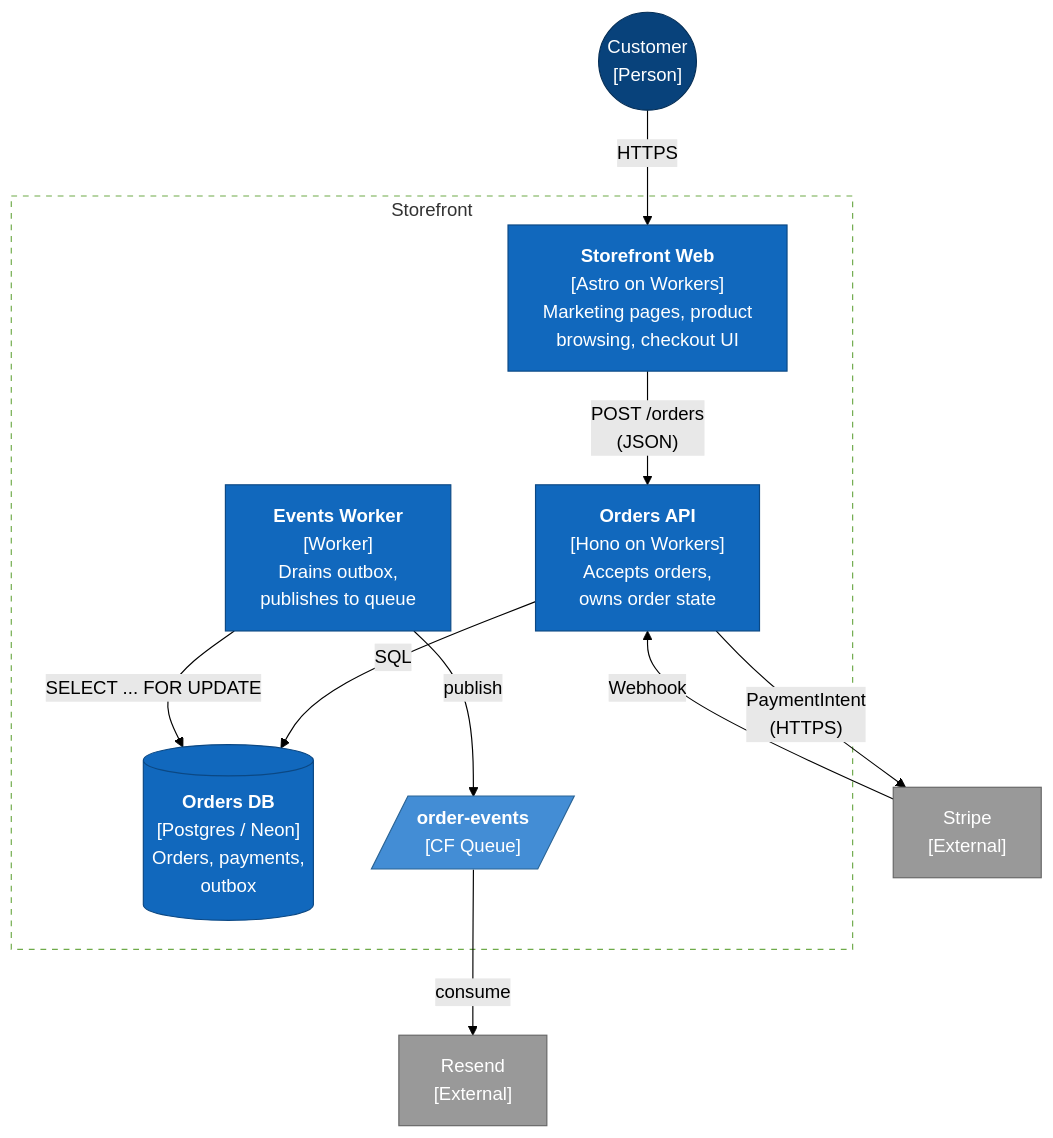
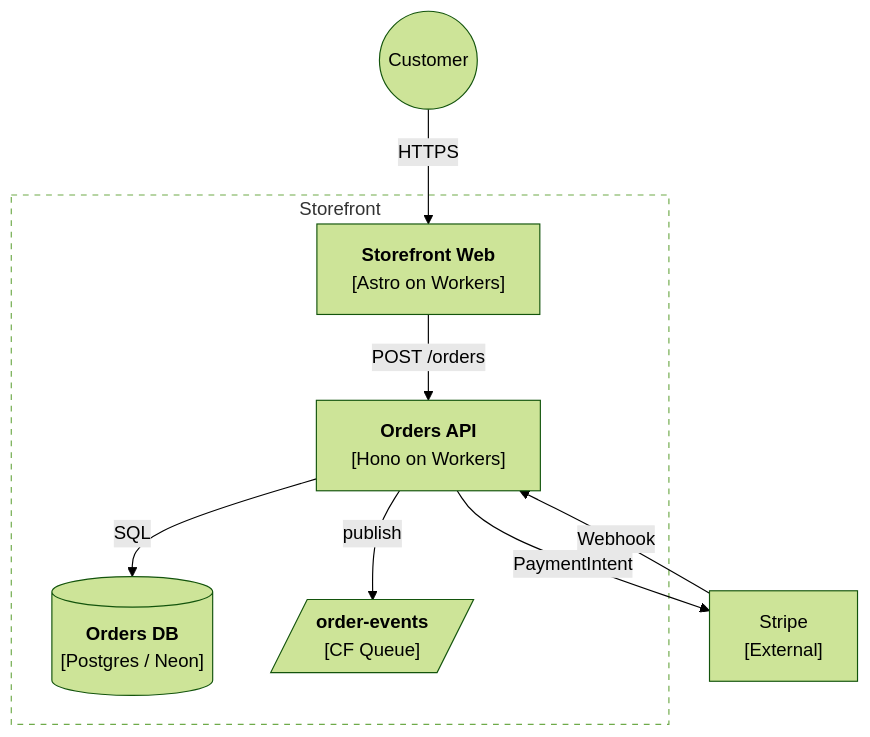
One commit to lucasilverentand/skills changed the second of 3 diagrams in plugins/systems-design/skills/c4-diagrams/references/mermaid-c4.md. Above: the diagram before and after it, drawn with Mermaid (forest theme). The commit also changed other lines of this file and 44 other files, not shown here.

````diff
--- a/plugins/systems-design/skills/c4-diagrams/references/mermaid-c4.md
+++ b/plugins/systems-design/skills/c4-diagrams/references/mermaid-c4.md
@@ -66,36 +37,18 @@
 ```mermaid
 flowchart TB
-  Customer(("Customer<br/>[Person]"))
-
+  Customer(("Customer"))
   subgraph Boundary ["Storefront"]
-    Web["<b>Storefront Web</b><br/>[Astro on Workers]<br/>Marketing pages, product<br/>browsing, checkout UI"]
-    API["<b>Orders API</b><br/>[Hono on Workers]<br/>Accepts orders,<br/>owns order state"]
-    Worker["<b>Events Worker</b><br/>[Worker]<br/>Drains outbox,<br/>publishes to queue"]
-    DB[("<b>Orders DB</b><br/>[Postgres / Neon]<br/>Orders, payments,<br/>outbox")]
+    Web["<b>Storefront Web</b><br/>[Astro on Workers]"]
+    API["<b>Orders API</b><br/>[Hono on Workers]"]
+    DB[("<b>Orders DB</b><br/>[Postgres / Neon]")]
     Queue[/"<b>order-events</b><br/>[CF Queue]"/]
   end
-
   Stripe["Stripe<br/>[External]"]
-  Email["Resend<br/>[External]"]
-
   Customer -->|"HTTPS"| Web
-  Web -->|"POST /orders<br/>(JSON)"| API
+  Web -->|"POST /orders"| API
   API -->|"SQL"| DB
-  Worker -->|"SELECT ... FOR UPDATE"| DB
-  Worker -->|"publish"| Queue
-  Queue -->|"consume"| Email
-  API -->|"PaymentIntent<br/>(HTTPS)"| Stripe
+  API -->|"PaymentIntent"| Stripe
   Stripe -->|"Webhook"| API
-
-  classDef person fill:#08427b,stroke:#052e56,color:#fff
-  classDef container fill:#1168bd,stroke:#0b4884,color:#fff
-  classDef db fill:#1168bd,stroke:#0b4884,color:#fff
-  classDef queue fill:#438dd5,stroke:#2a6496,color:#fff
-  classDef external fill:#999,stroke:#666,color:#fff
-  class Customer person
-  class Web,API,Worker container
-  class DB db
-  class Queue queue
-  class Stripe,Email external
+  API -->|"publish"| Queue
   style Boundary stroke-dasharray: 5 5,fill:none
 ```
````
